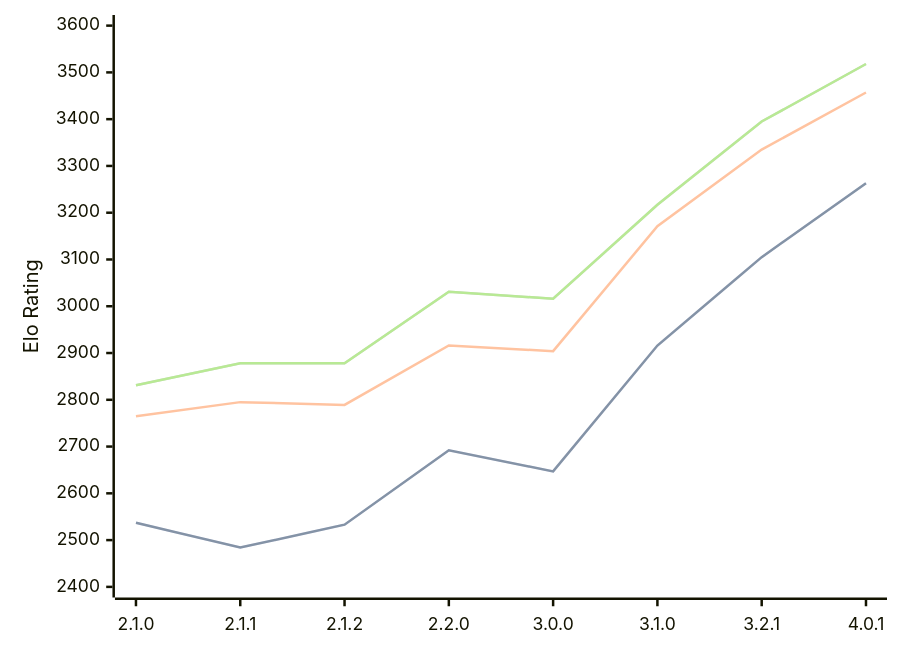
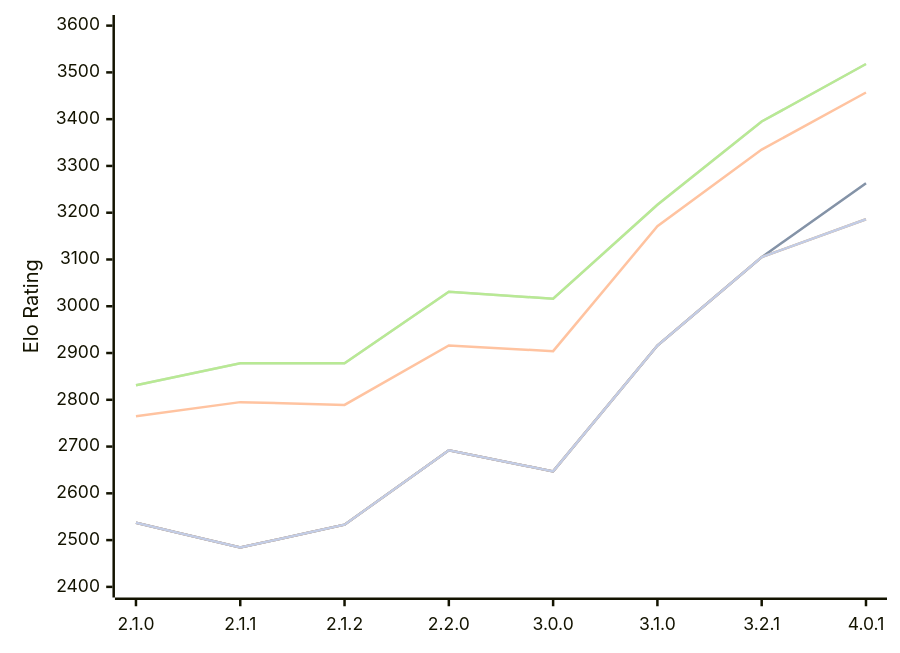
The diagram in engines/Prune.md (computer-chess-index/cci), drawn with Mermaid before and after one commit. The commit also changed other lines of this file, not shown here.

Commit message:
Update CCI Ratings (ELO VLTC) - 2026-10-11

````diff
--- a/engines/Prune.md
+++ b/engines/Prune.md
@@ -54,16 +54,13 @@
 ```mermaid
 %%{init: {"theme":"base","themeVariables":{"seriesColors:['#a3a3a3','#222221','#faa371']}}}%%
 xychart-beta
   x-axis ["2.1.0", "2.1.1", "2.1.2", "2.2.0", "3.0.0", "3.1.0", "3.2.1", "4.0.1"]
   y-axis "Elo Rating" 2400 --> 3600
   line "" [2537, 2484, 2533, 2692, 2647, 2916, 3105, 3263]
   line "T1: STC (8.0+0.08s)" [2537, 2484, 2533, 2692, 2647, 2916, 3105, 3263]
   line "T1: LTC (60.0+0.60s)" [2765, 2795, 2789, 2916, 2904, 3171, 3335, 3457]
   line "" [2831, 2878, 2878, 3031, 3016, 3217, 3395, 3518]
   line "T1: VLTC (2m24s+1.12s)" [2831, 2878, 2878, 3031, 3016, 3217, 3395, 3518]
-  line "" [3177]
-  line "E1: STC (8.0+0.08s)" [3177]
-  line "E1: LTC (60.0+0.60s)" [3429]
-  line "" [3483]
-  line "E1: VLTC (2m24s+1.12s)" [3483]
+  line "" [2537, 2484, 2533, 2692, 2647, 2916, 3105,3186]
+  line "E1: STC (8.0+0.08s)" [2537, 2484, 2533, 2692, 2647, 2916, 3105,3186]
 ```
````
